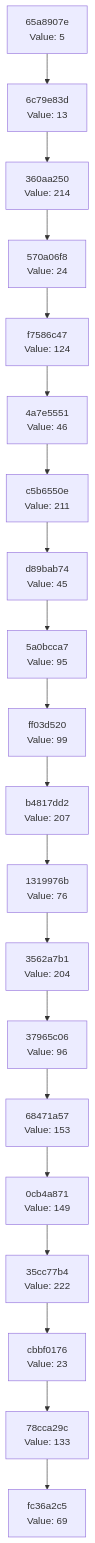
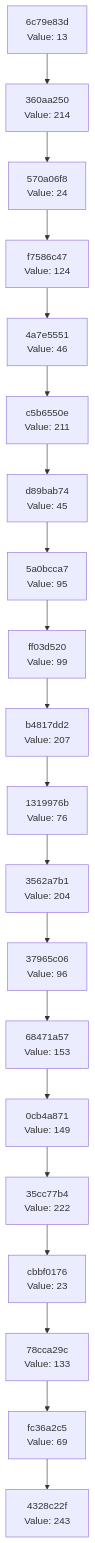
The diagram in docs/CHAIN_VISUALIZATION.md (Abhisheksinha1506/hash-chain-evolver), drawn with Mermaid before and after one commit. The commit also changed 1 other file, not shown here.

Commit message:
Evolution step: hash 0xF3 → action executed

````diff
--- a/docs/CHAIN_VISUALIZATION.md
+++ b/docs/CHAIN_VISUALIZATION.md
@@ -3,42 +3,42 @@
 ```mermaid
 graph TD
-    C0["fc36a2c5<br/>Value: 69"]
-    C1["78cca29c<br/>Value: 133"]
+    C0["4328c22f<br/>Value: 243"]
+    C1["fc36a2c5<br/>Value: 69"]
     C1 --> C0
-    C2["cbbf0176<br/>Value: 23"]
+    C2["78cca29c<br/>Value: 133"]
     C2 --> C1
-    C3["35cc77b4<br/>Value: 222"]
+    C3["cbbf0176<br/>Value: 23"]
     C3 --> C2
-    C4["0cb4a871<br/>Value: 149"]
+    C4["35cc77b4<br/>Value: 222"]
     C4 --> C3
-    C5["68471a57<br/>Value: 153"]
+    C5["0cb4a871<br/>Value: 149"]
     C5 --> C4
-    C6["37965c06<br/>Value: 96"]
+    C6["68471a57<br/>Value: 153"]
     C6 --> C5
-    C7["3562a7b1<br/>Value: 204"]
+    C7["37965c06<br/>Value: 96"]
     C7 --> C6
-    C8["1319976b<br/>Value: 76"]
+    C8["3562a7b1<br/>Value: 204"]
     C8 --> C7
-    C9["b4817dd2<br/>Value: 207"]
+    C9["1319976b<br/>Value: 76"]
     C9 --> C8
-    C10["ff03d520<br/>Value: 99"]
+    C10["b4817dd2<br/>Value: 207"]
     C10 --> C9
-    C11["5a0bcca7<br/>Value: 95"]
+    C11["ff03d520<br/>Value: 99"]
     C11 --> C10
-    C12["d89bab74<br/>Value: 45"]
+    C12["5a0bcca7<br/>Value: 95"]
     C12 --> C11
-    C13["c5b6550e<br/>Value: 211"]
+    C13["d89bab74<br/>Value: 45"]
     C13 --> C12
-    C14["4a7e5551<br/>Value: 46"]
+    C14["c5b6550e<br/>Value: 211"]
     C14 --> C13
-    C15["f7586c47<br/>Value: 124"]
+    C15["4a7e5551<br/>Value: 46"]
     C15 --> C14
-    C16["570a06f8<br/>Value: 24"]
+    C16["f7586c47<br/>Value: 124"]
     C16 --> C15
-    C17["360aa250<br/>Value: 214"]
+    C17["570a06f8<br/>Value: 24"]
     C17 --> C16
-    C18["6c79e83d<br/>Value: 13"]
+    C18["360aa250<br/>Value: 214"]
     C18 --> C17
-    C19["65a8907e<br/>Value: 5"]
+    C19["6c79e83d<br/>Value: 13"]
     C19 --> C18
 ```
````
